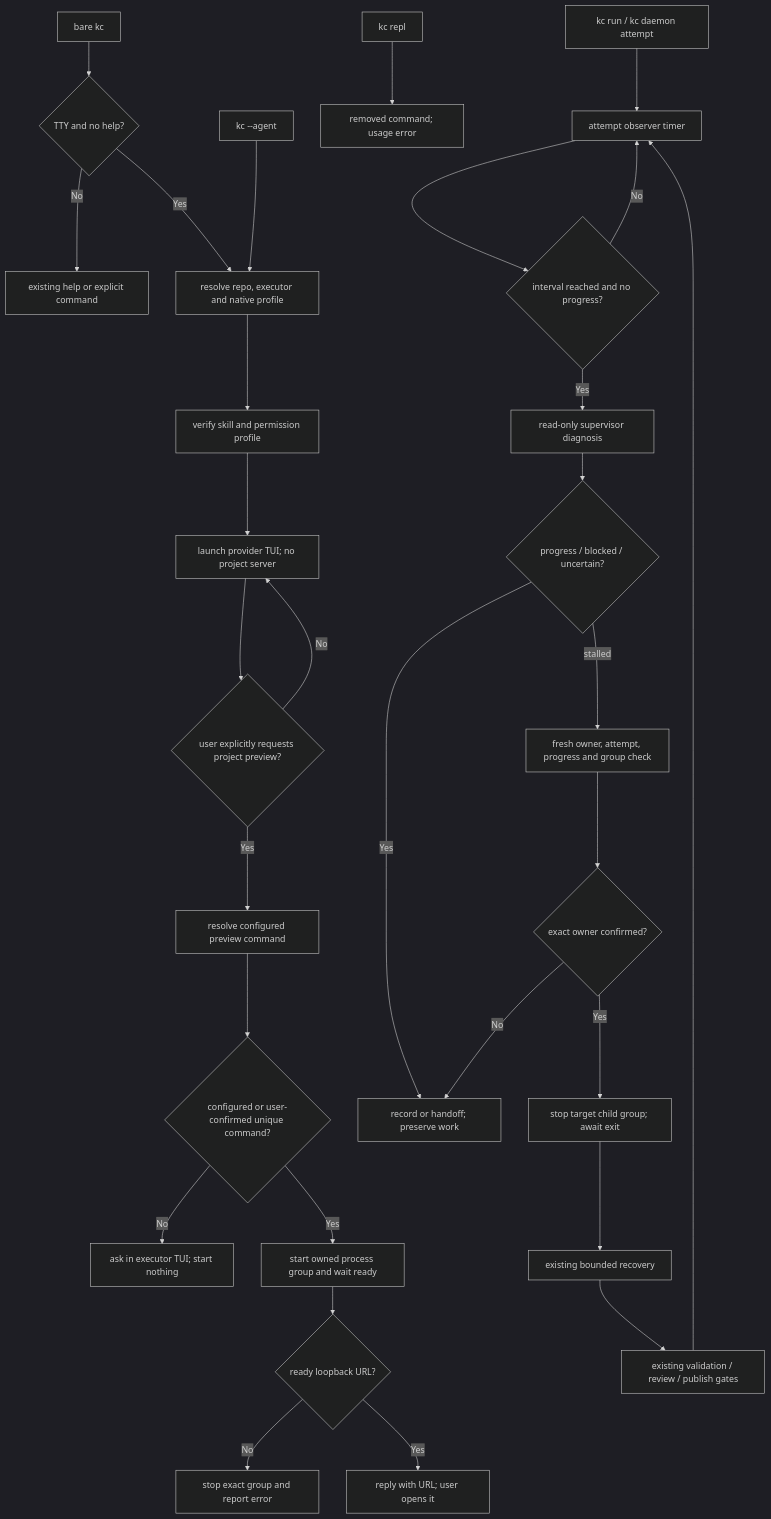
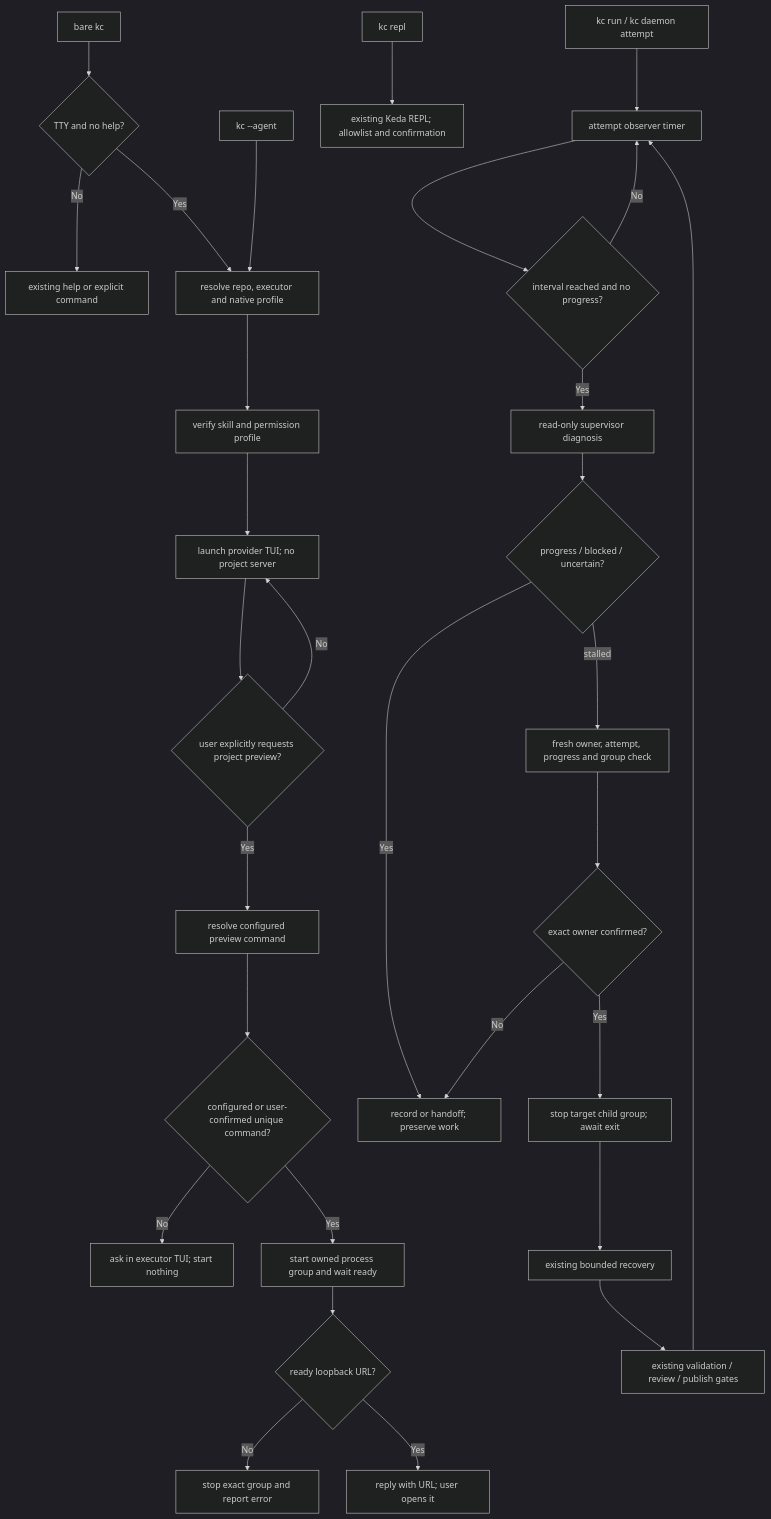
One commit to ZataZhang/keda changed the diagram in tasks/pending/P1-FEAT-20261009-123512-kc-agentic-entry-and-stall-supervision.md. Above: the diagram before and after it, drawn with Mermaid (dark theme). The commit also changed other lines of this file and 7 other files, not shown here.

Commit message:
docs(agent): reconcile KC and lifecycle PRD flows

````diff
--- a/tasks/pending/P1-FEAT-20261009-123512-kc-agentic-entry-and-stall-supervision.md
+++ b/tasks/pending/P1-FEAT-20261009-123512-kc-agentic-entry-and-stall-supervision.md
@@ -305,32 +304,32 @@
 ```mermaid
 flowchart TD
     A["bare kc"] --> B{"TTY and no help?"}
     B -->|No| C["existing help or explicit command"]
     B -->|Yes| D["resolve repo, executor and native profile"]
     D --> E["verify skill and permission profile"]
     E --> F["launch provider TUI; no project server"]
     F --> G{"user explicitly requests project preview?"}
     G -->|No| F
     G -->|Yes| H["resolve configured preview command"]
     H --> I{"configured or user-confirmed unique command?"}
     I -->|No| J["ask in executor TUI; start nothing"]
     I -->|Yes| K["start owned process group and wait ready"]
     K --> L{"ready loopback URL?"}
     L -->|No| M["stop exact group and report error"]
     L -->|Yes| N["reply with URL; user opens it"]
     O["kc --agent <name>"] --> D
-    P["kc repl"] --> Q["removed command; usage error"]
+    P["kc repl"] --> Q["existing Keda REPL; allowlist and confirmation"]
     R["kc run / kc daemon attempt"] --> S["attempt observer timer"]
     S --> T{"interval reached and no progress?"}
     T -->|No| S
     T -->|Yes| U["read-only supervisor diagnosis"]
     U --> V{"progress / blocked / uncertain?"}
     V -->|Yes| W["record or handoff; preserve work"]
     V -->|stalled| X["fresh owner, attempt, progress and group check"]
     X --> Y{"exact owner confirmed?"}
     Y -->|No| W
     Y -->|Yes| Z["stop target child group; await exit"]
     Z --> AA["existing bounded recovery"]
     AA --> AB["existing validation / review / publish gates"]
     AB --> S
 ```
````
